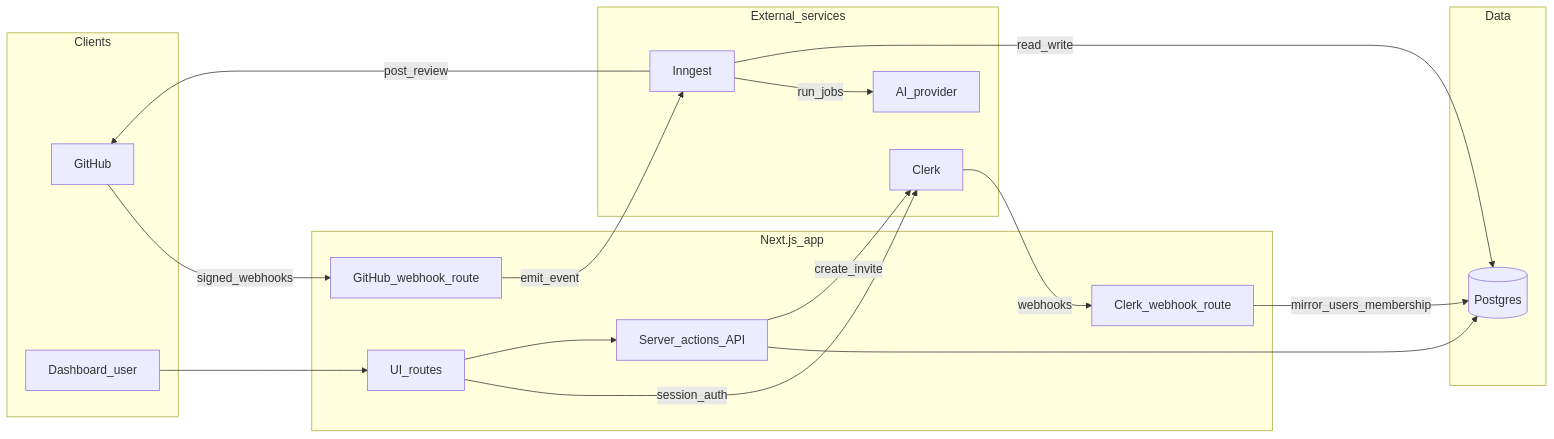
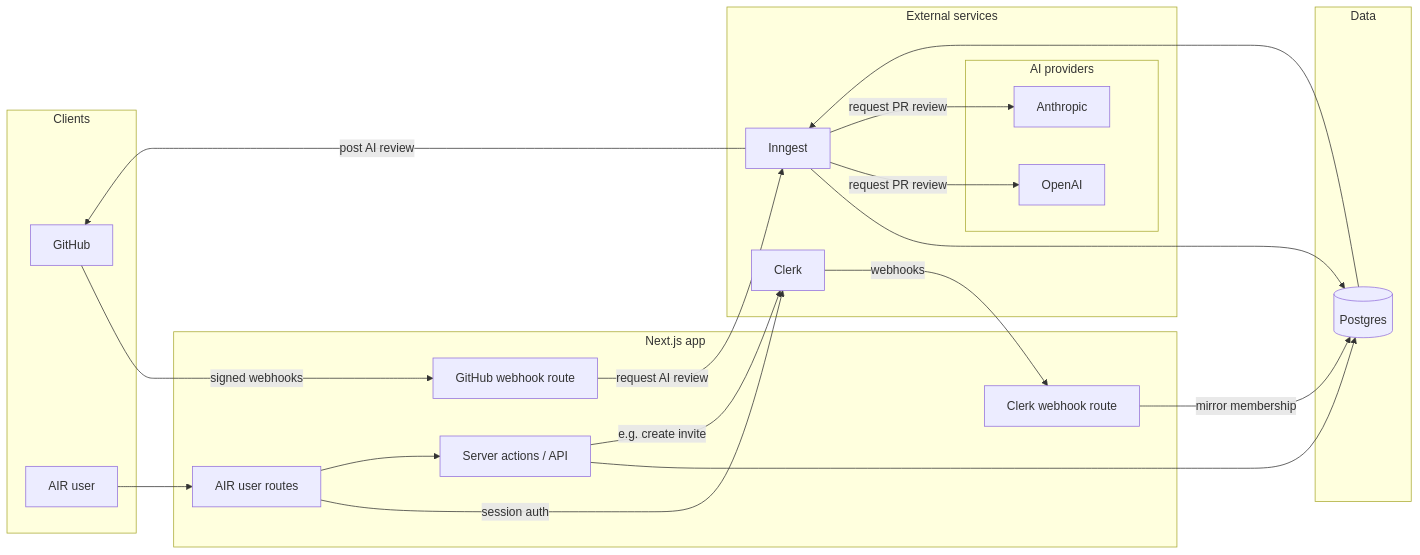
The first of 3 diagrams in docs/system-architecture.md (kworam-self/AIR), drawn with Mermaid before and after one commit. The commit also changed other lines of this file and 3 other files, not shown here.

First line of the commit message:
docs: refine AIR plans, roadmap, and Mermaid system architecture

````diff
--- a/docs/system-architecture.md
+++ b/docs/system-architecture.md
@@ -7,39 +9,44 @@
 ```mermaid
 flowchart LR
   subgraph clients [Clients]
     GH[GitHub]
-    User[Dashboard_user]
+    AirUser[AIR user]
   end
 
-  subgraph next [Next.js_app]
-    UI[UI_routes]
-    WH[GitHub_webhook_route]
-    CW[Clerk_webhook_route]
-    API[Server_actions_API]
+  subgraph next [Next.js app]
+    AIRRoutes[AIR user routes]
+    WH[GitHub webhook route]
+    CW[Clerk webhook route]
+    API[Server actions / API]
   end
 
-  subgraph services [External_services]
+  subgraph services [External services]
     Clerk[Clerk]
     Inngest[Inngest]
-    AI[AI_provider]
+    subgraph ai [AI providers]
+      OAI[OpenAI]
+      ANT[Anthropic]
+    end
   end
 
   subgraph data [Data]
     DB[(Postgres)]
   end
 
-  User --> UI
-  UI -->|session_auth| Clerk
-  UI --> API
+  AirUser --> AIRRoutes
+  AIRRoutes -->|session auth| Clerk
+  AIRRoutes --> API
   API --> DB
-  API -->|create_invite| Clerk
+  API -->|e.g. create invite| Clerk
 
-  GH -->|signed_webhooks| WH
-  WH -->|emit_event| Inngest
-  Inngest -->|run_jobs| AI
-  Inngest -->|read_write| DB
-  Inngest -->|post_review| GH
+  GH -->|signed webhooks| WH
+  WH -->|request AI review| Inngest
+  Inngest --> DB
+  DB --> Inngest
+  Inngest -->|request PR review| OAI
+  Inngest -->|request PR review| ANT
+  Inngest -->|post AI review| GH
 
   Clerk -->|webhooks| CW
-  CW -->|mirror_users_membership| DB
+  CW -->|mirror membership| DB
 ```
````
